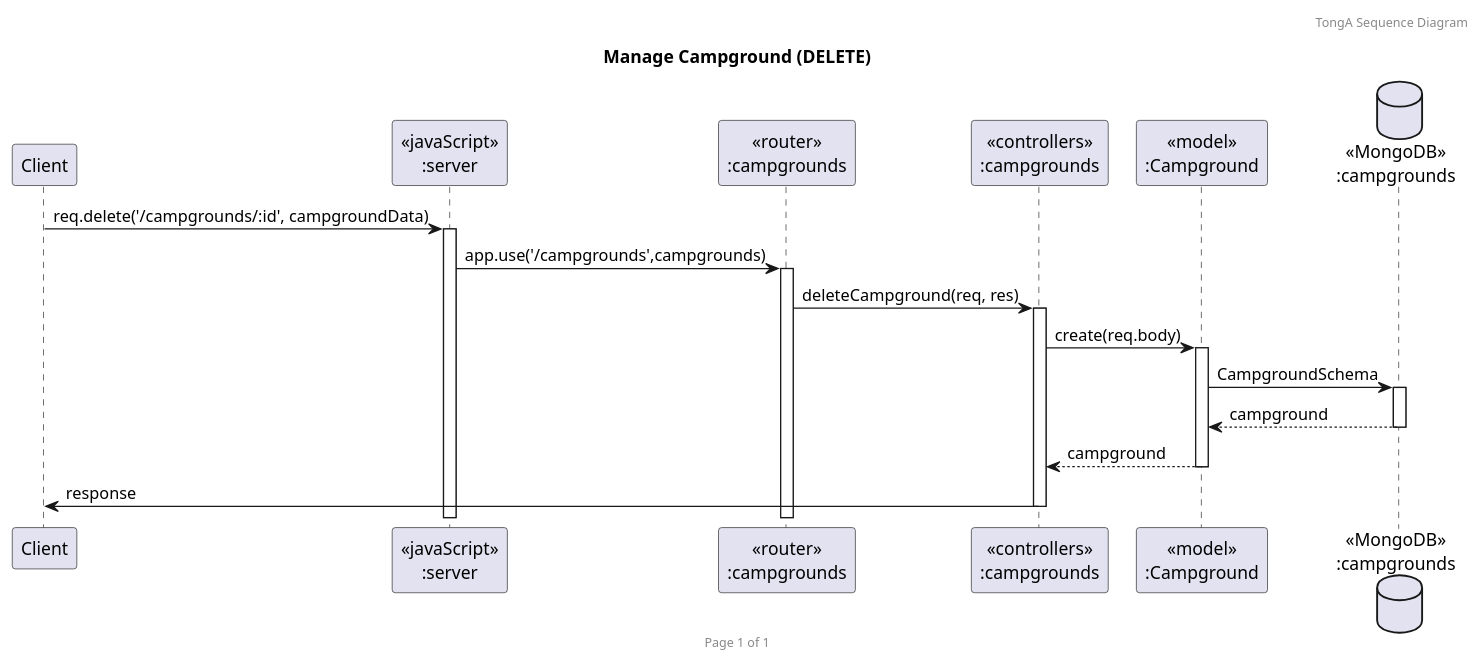
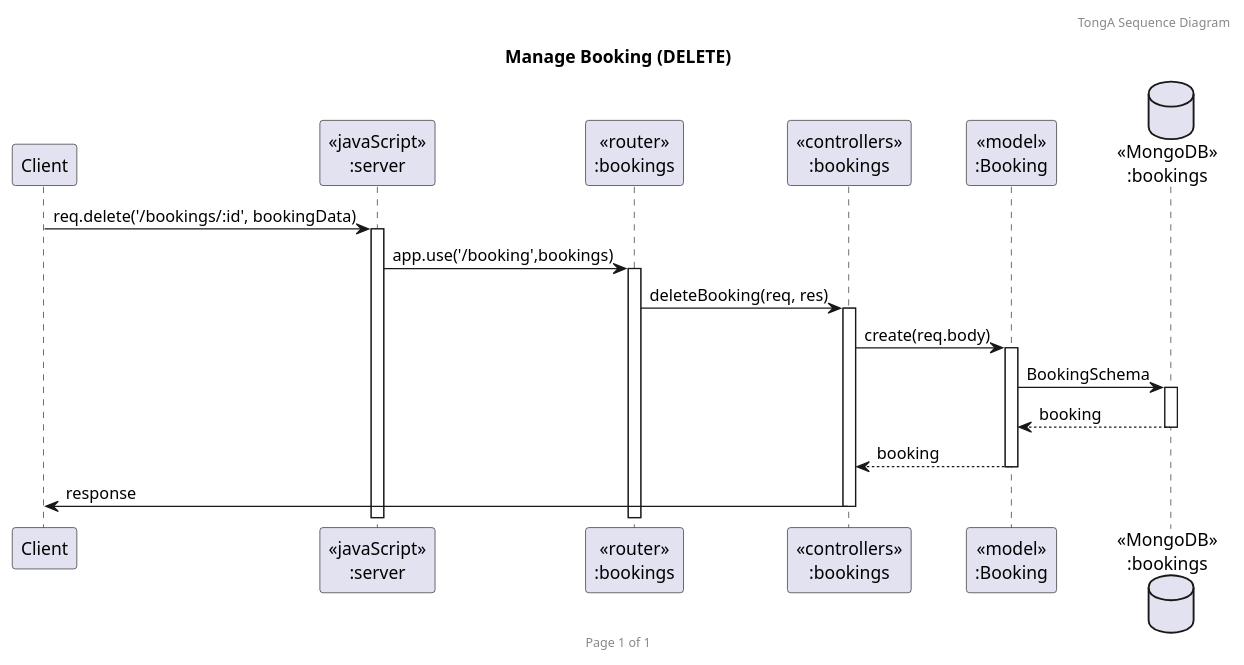
The diagram in plantuml/delete.puml (2110503-2564/fe-project-2024-2-tong-a), drawn with PlantUML before and after one commit. The commit also changed 5 other files, not shown here.

```diff
--- a/plantuml/delete.puml
+++ b/plantuml/delete.puml
@@ -1,23 +1,23 @@
-@startuml Manage Campground (DELETE)
+@startuml Manage Booking (DELETE)
 
 header TongA Sequence Diagram
 footer Page %page% of %lastpage%
-title "Manage Campground (DELETE)"
+title "Manage Booking (DELETE)"
 
 participant "Client" as client
 participant "<<javaScript>>\n:server" as server
-participant "<<router>>\n:campgrounds" as routerCampgrounds
-participant "<<controllers>>\n:campgrounds" as controllersCampgrounds
-participant "<<model>>\n:Campground" as modelCampground
-database "<<MongoDB>>\n:campgrounds" as CampgroundsDatabase
+participant "<<router>>\n:bookings" as routerBookings
+participant "<<controllers>>\n:bookings" as controllersBookings
+participant "<<model>>\n:Booking" as modelBooking
+database "<<MongoDB>>\n:bookings" as BookingsDatabase
 
-client->server ++:req.delete('/campgrounds/:id', campgroundData)
-server->routerCampgrounds ++:app.use('/campgrounds',campgrounds)
-routerCampgrounds -> controllersCampgrounds ++:deleteCampground(req, res)
-controllersCampgrounds->modelCampground ++:create(req.body)
-modelCampground ->CampgroundsDatabase ++: CampgroundSchema
-CampgroundsDatabase --> modelCampground --: campground
-controllersCampgrounds <-- modelCampground --:campground
-controllersCampgrounds->client --:response
+client->server ++:req.delete('/bookings/:id', bookingData)
+server->routerBookings ++:app.use('/booking',bookings)
+routerBookings -> controllersBookings ++:deleteBooking(req, res)
+controllersBookings->modelBooking ++:create(req.body)
+modelBooking ->BookingsDatabase ++: BookingSchema
+BookingsDatabase --> modelBooking --: booking
+controllersBookings <-- modelBooking --:booking
+controllersBookings->client --:response
 
 @enduml
```
